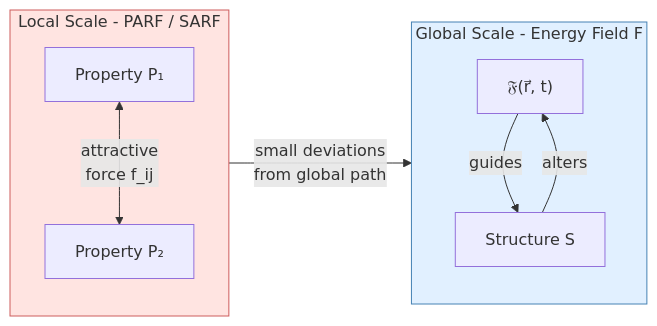
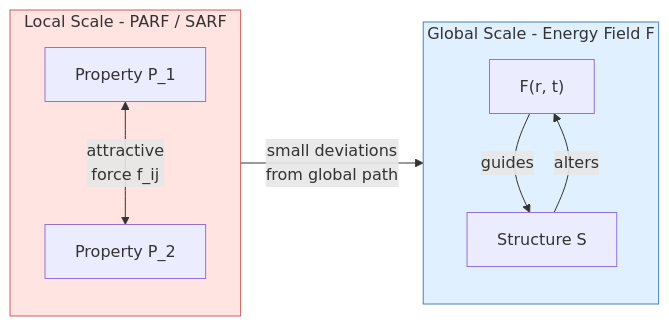
Before and after one commit to dimitarpg13/semantic_simulation: the seventh of 8 diagrams in docs/Hidden_States_Semantic_Tube_Geodesics_and_Semantic_Structures.md, drawn with Mermaid. The commit also changed other lines of this file and 28 other files, not shown here.

````diff
--- a/docs/Hidden_States_Semantic_Tube_Geodesics_and_Semantic_Structures.md
+++ b/docs/Hidden_States_Semantic_Tube_Geodesics_and_Semantic_Structures.md
@@ -342,16 +342,16 @@
 ```mermaid
 graph LR
     subgraph Local [Local Scale - PARF / SARF]
-        P1["Property P₁"] <-->|"attractive<br>force f_ij"| P2["Property P₂"]
+        P1["Property P_1"] <-->|"attractive<br>force f_ij"| P2["Property P_2"]
     end
 
     subgraph Global [Global Scale - Energy Field F]
-        F["𝔉(r⃗, t)"] -->|"guides"| S["Structure S"]
+        F["F(r, t)"] -->|"guides"| S["Structure S"]
         S -->|"alters"| F
     end
 
     Local -->|"small deviations<br>from global path"| Global
 
     style Local fill:#ffe4e1,stroke:#cd5c5c
     style Global fill:#e1f0ff,stroke:#4682b4
 ```
````
